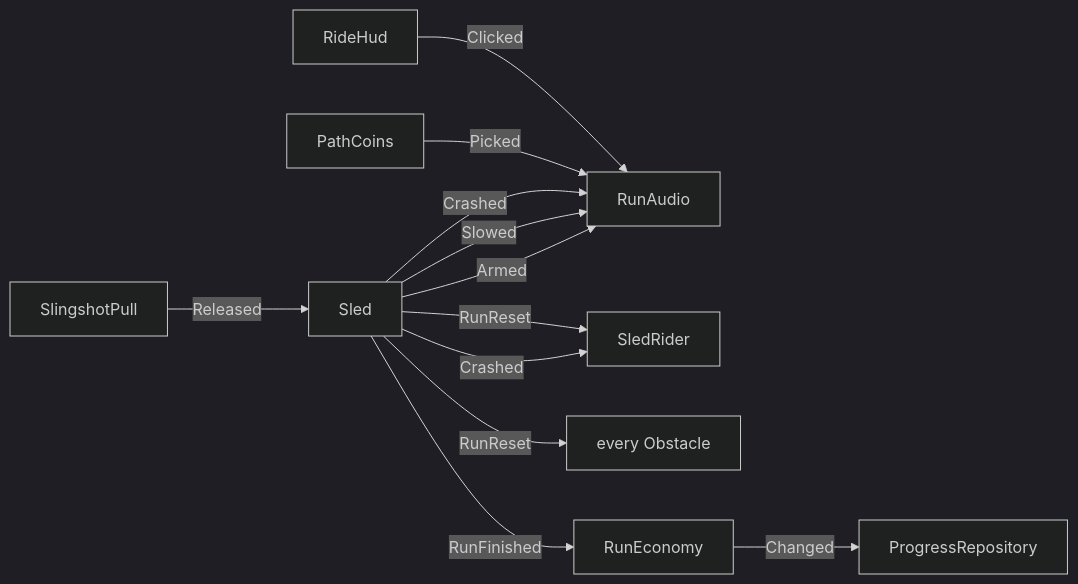
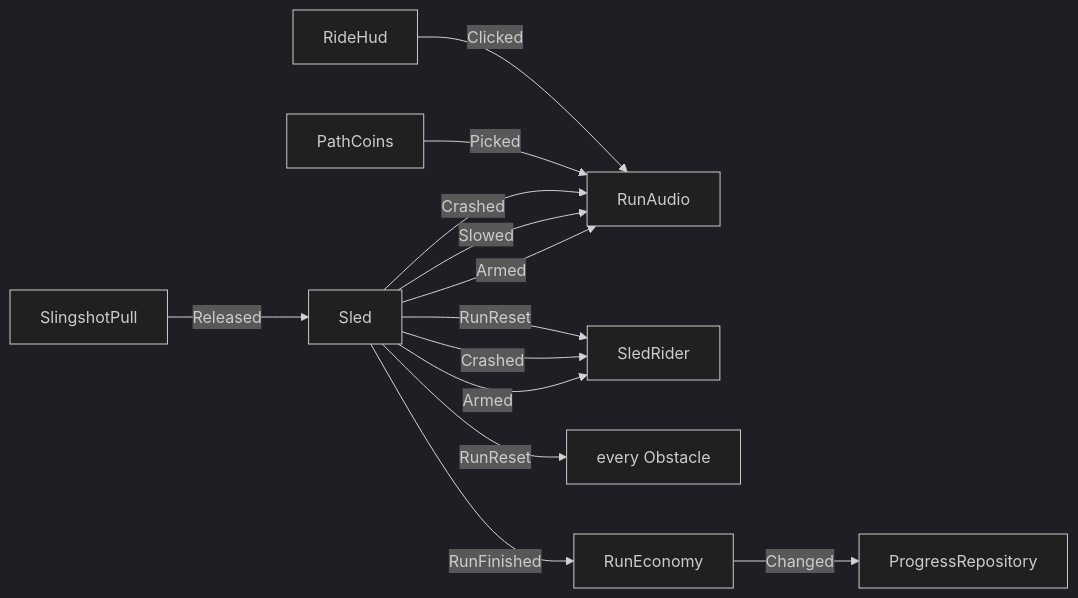
Before and after one commit to Pavel1983/Sled_Surf_Clone: the second of 6 diagrams in TechDesign.md, drawn with Mermaid (dark theme). The commit also changed other lines of this file and 7 other files, not shown here.

````diff
--- a/TechDesign.md
+++ b/TechDesign.md
@@ -163,14 +163,15 @@
 ```mermaid
 flowchart LR
     Pull["SlingshotPull"] -- Released --> Sled
     Sled -- Armed --> Audio["RunAudio"]
+    Sled -- Armed --> Rider["SledRider"]
     Sled -- Slowed --> Audio
     Sled -- Crashed --> Audio
-    Sled -- Crashed --> Rider["SledRider"]
+    Sled -- Crashed --> Rider
     Sled -- RunReset --> Rider
     Sled -- RunReset --> Obstacles["every Obstacle"]
     Sled -- RunFinished --> Economy["RunEconomy"]
     Coins["PathCoins"] -- Picked --> Audio
     Hud["RideHud"] -- Clicked --> Audio
     Economy -- Changed --> Repository["ProgressRepository"]
 ```
````
